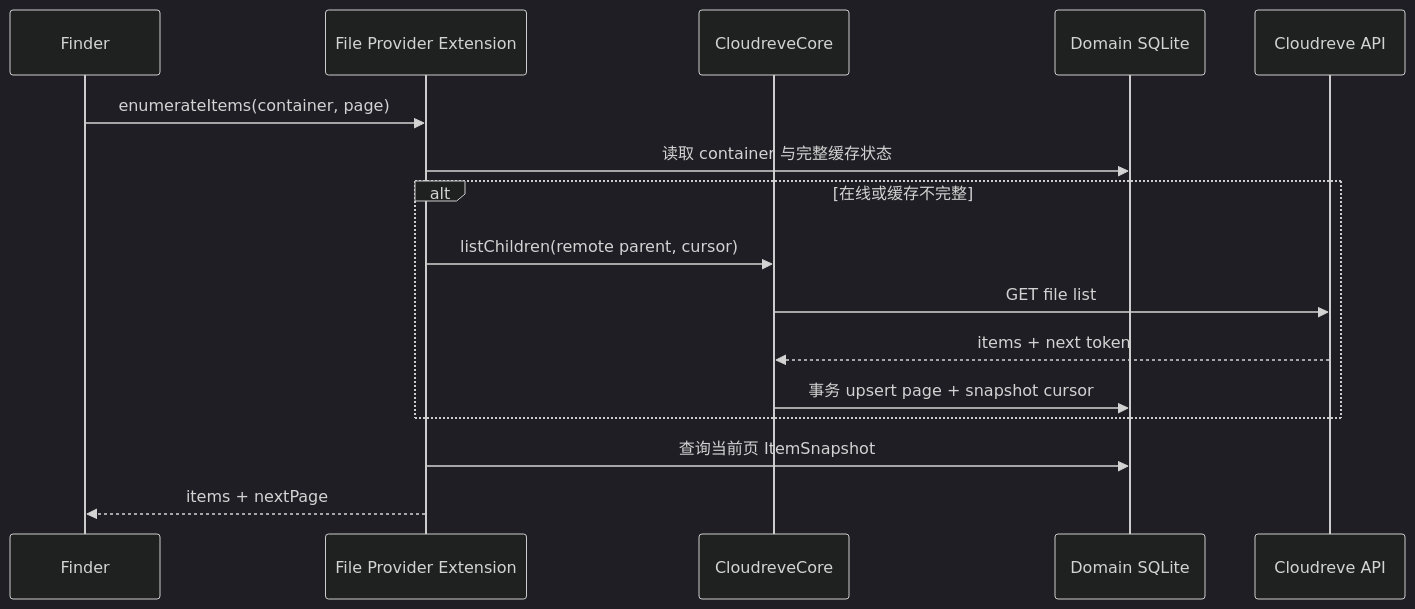
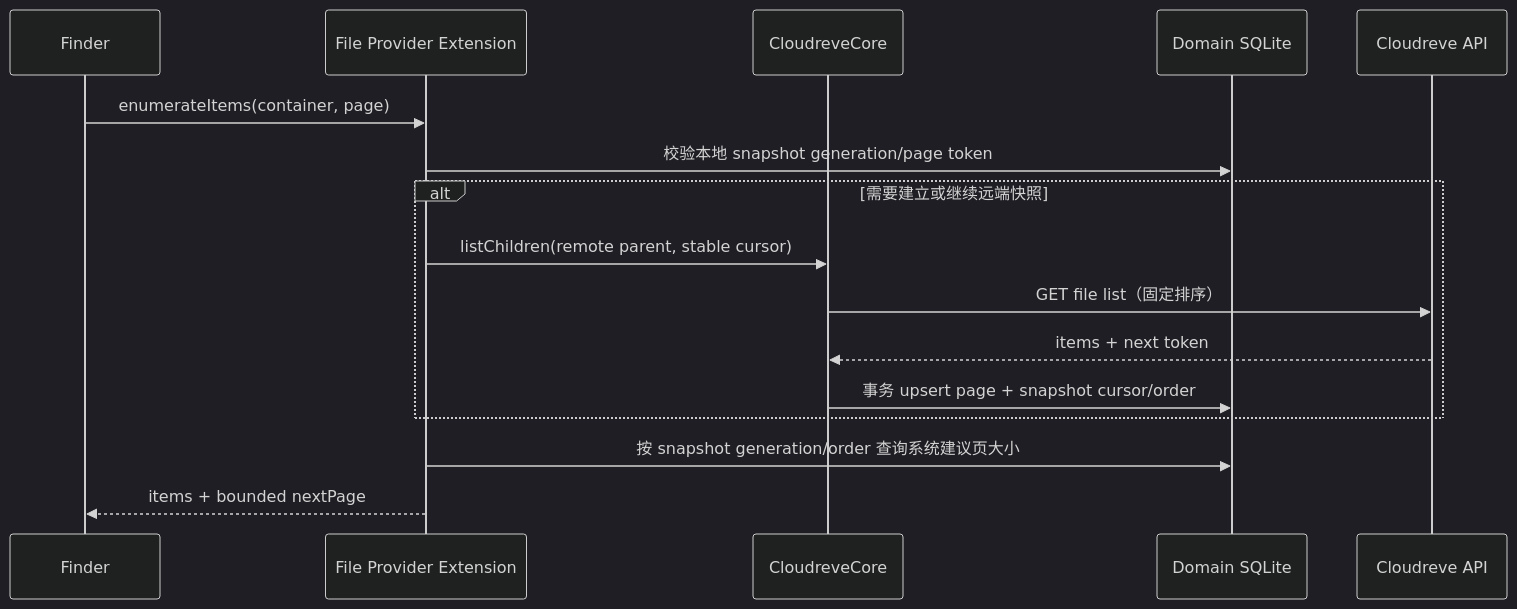
One commit to tiylabs/nimbussync changed the second of 5 diagrams in docs/02-macos-technical-architecture.md. Above: the diagram before and after it, drawn with Mermaid (dark theme). The commit also changed other lines of this file and 1 other file, not shown here.

Commit message:
docs: 📝 Refine macOS product requirements and architecture

````diff
--- a/docs/02-macos-technical-architecture.md
+++ b/docs/02-macos-technical-architecture.md
@@ -502,19 +521,19 @@
 ```mermaid
 sequenceDiagram
     participant F as Finder
     participant E as File Provider Extension
     participant C as CloudreveCore
     participant D as Domain SQLite
     participant S as Cloudreve API
 
     F->>E: enumerateItems(container, page)
-    E->>D: 读取 container 与完整缓存状态
-    alt 在线或缓存不完整
-        E->>C: listChildren(remote parent, cursor)
-        C->>S: GET file list
+    E->>D: 校验本地 snapshot generation/page token
+    alt 需要建立或继续远端快照
+        E->>C: listChildren(remote parent, stable cursor)
+        C->>S: GET file list（固定排序）
         S-->>C: items + next token
-        C->>D: 事务 upsert page + snapshot cursor
+        C->>D: 事务 upsert page + snapshot cursor/order
     end
-    E->>D: 查询当前页 ItemSnapshot
-    E-->>F: items + nextPage
+    E->>D: 按 snapshot generation/order 查询系统建议页大小
+    E-->>F: items + bounded nextPage
 ```
````
